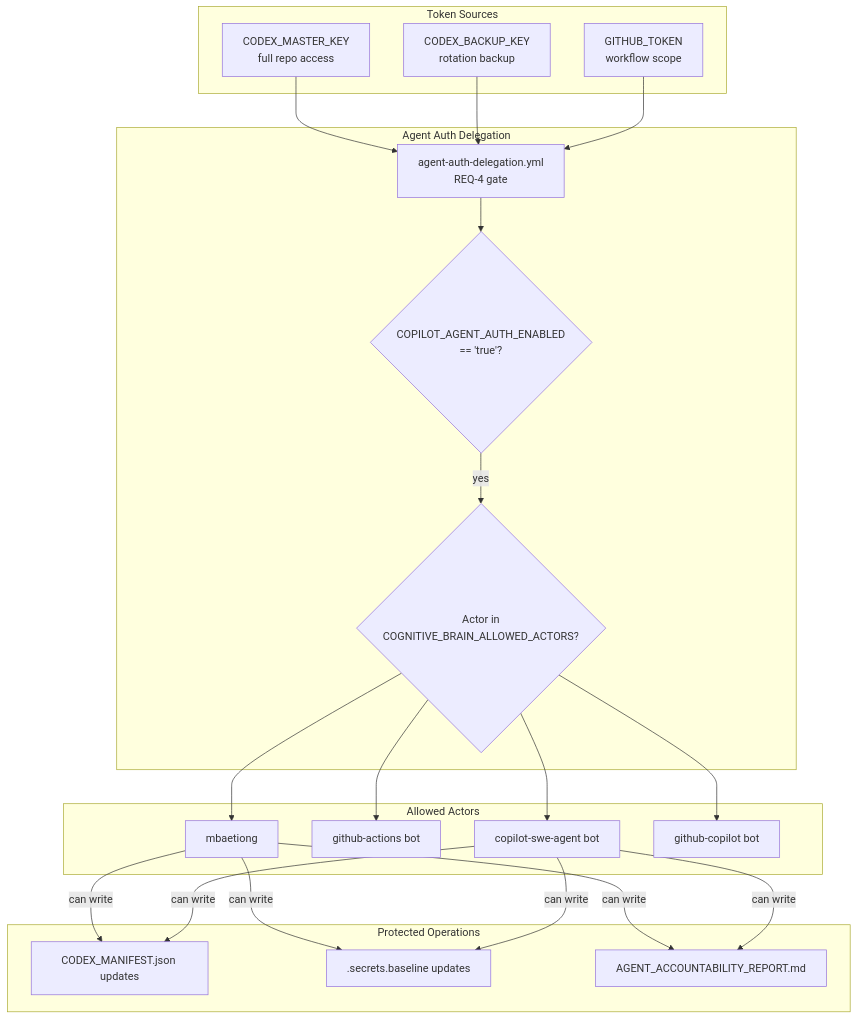
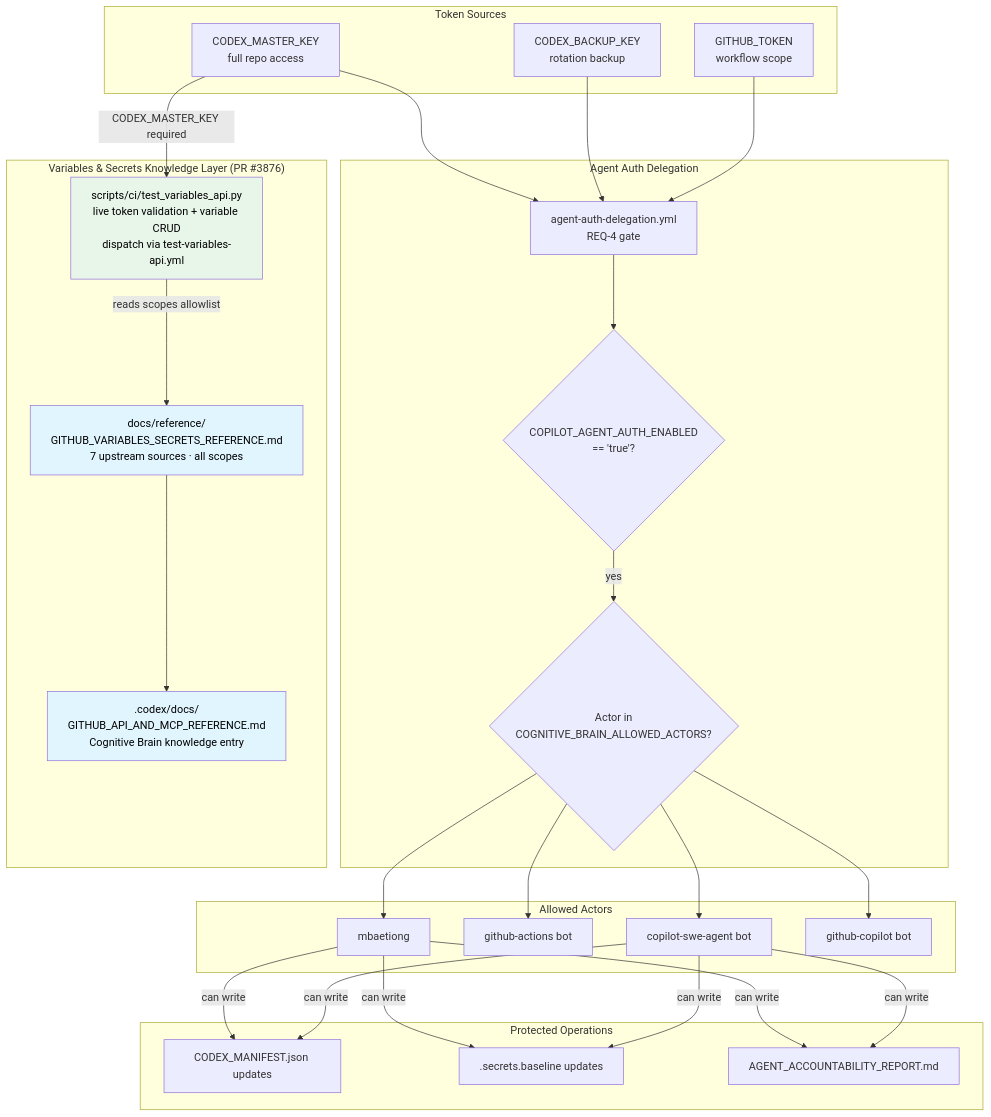
One commit to Aries-Serpent/_codex_ changed diagram 11 of 12 in docs/CODEBASE_MERMAID_MAPS.md. Above: the diagram before and after it, drawn with Mermaid. The commit also changed other lines of this file and 2 other files, not shown here.

Commit message:
docs: update CODEBASE_MERMAID_MAPS.md v1.1.0 — align with PR #3876 (Variables layer + CodeQL resolution)
Agent-Logs-Url: https://github.com/Aries-Serpent/_codex_/sessions/f6ae3472-0bc8-4157-975b-4d2c90c57655

````diff
--- a/docs/CODEBASE_MERMAID_MAPS.md
+++ b/docs/CODEBASE_MERMAID_MAPS.md
@@ -373,34 +373,47 @@
 ```mermaid
 flowchart TD
     subgraph "Token Sources"
         MK[CODEX_MASTER_KEY\nfull repo access]
         BK[CODEX_BACKUP_KEY\nrotation backup]
         GT[GITHUB_TOKEN\nworkflow scope]
     end
 
     subgraph "Agent Auth Delegation"
         AAD[agent-auth-delegation.yml\nREQ-4 gate]
         AUTH_CHECK{COPILOT_AGENT_AUTH_ENABLED\n== 'true'?}
         ALLOWED{Actor in\nCOGNITIVE_BRAIN_ALLOWED_ACTORS?}
     end
 
     subgraph "Allowed Actors"
         MB[mbaetiong]
         GA[github-actions bot]
         CS[copilot-swe-agent bot]
         GH[github-copilot bot]
     end
 
     subgraph "Protected Operations"
         MANIFEST[CODEX_MANIFEST.json updates]
         BASELINE[.secrets.baseline updates]
         REPORT[AGENT_ACCOUNTABILITY_REPORT.md]
     end
 
+    subgraph "Variables & Secrets Knowledge Layer (PR #3876)"
+        VARS_REF[docs/reference/\nGITHUB_VARIABLES_SECRETS_REFERENCE.md\n7 upstream sources · all scopes]
+        CB_REF[.codex/docs/\nGITHUB_API_AND_MCP_REFERENCE.md\nCognitive Brain knowledge entry]
+        VAR_TEST[scripts/ci/test_variables_api.py\nlive token validation + variable CRUD\ndispatch via test-variables-api.yml]
+    end
+
     MK & BK --> AAD
     GT --> AAD
     AAD --> AUTH_CHECK
     AUTH_CHECK -->|yes| ALLOWED
     ALLOWED --> MB & GA & CS & GH
     MB & CS -->|can write| MANIFEST & BASELINE & REPORT
+    MK -->|CODEX_MASTER_KEY required| VAR_TEST
+    VAR_TEST -->|reads scopes allowlist| VARS_REF
+    VARS_REF --> CB_REF
+
+    style VARS_REF fill:#e1f5fe,color:#000
+    style CB_REF fill:#e1f5fe,color:#000
+    style VAR_TEST fill:#e8f5e9,color:#000
 ```
````
